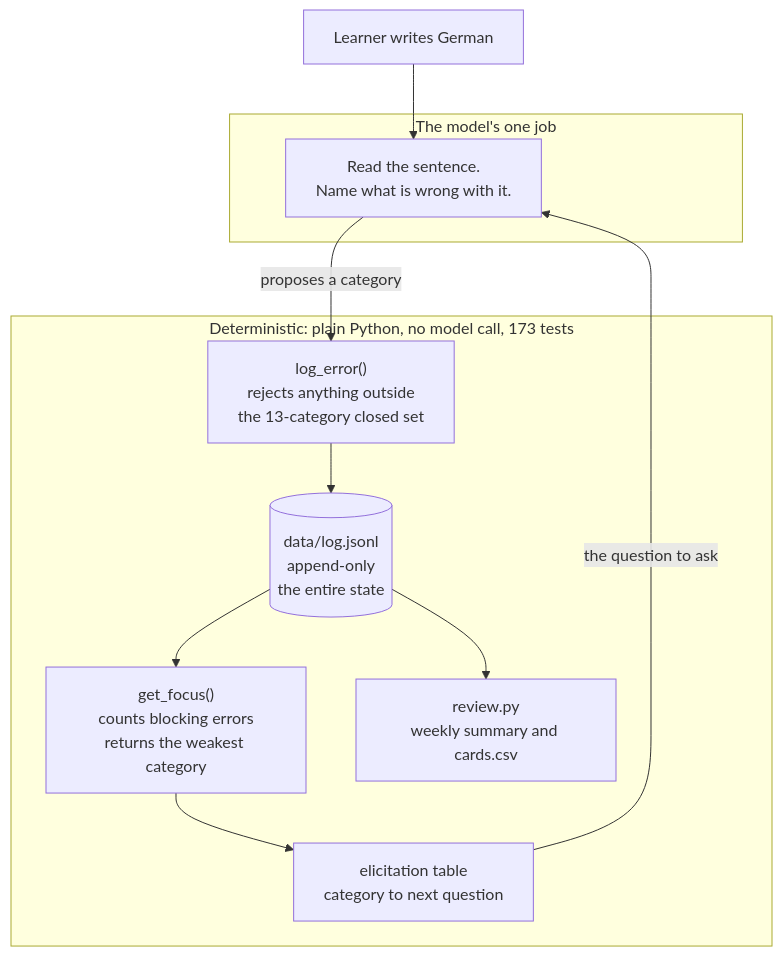
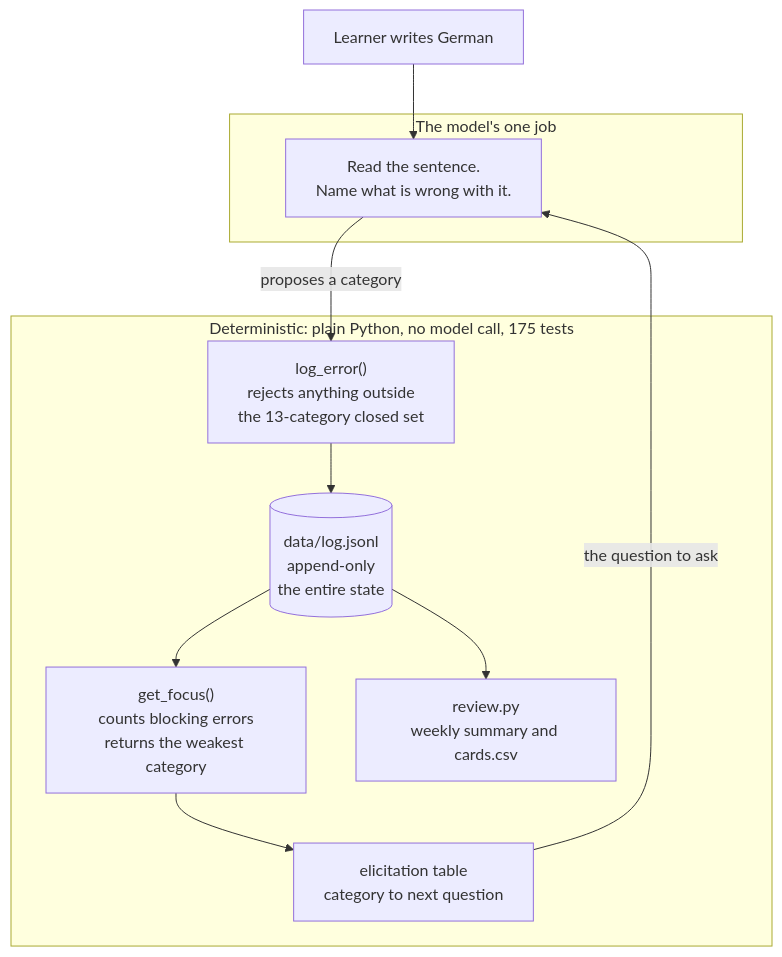
One commit to ampaduchris/german-b1-tutor changed the diagram in README.md. Above: the diagram before and after it, drawn with Mermaid. The commit also changed other lines of this file and 2 other files, not shown here.

First line of the commit message:
Test that main() reports a failed model call and exits 3

````diff
--- a/README.md
+++ b/README.md
@@ -30,22 +30,22 @@
 ```mermaid
 flowchart TD
     subgraph MODEL["The model's one job"]
         M["Read the sentence.<br/>Name what is wrong with it."]
     end
 
-    subgraph DET["Deterministic: plain Python, no model call, 173 tests"]
+    subgraph DET["Deterministic: plain Python, no model call, 175 tests"]
         V["log_error()<br/>rejects anything outside<br/>the 13-category closed set"]
         LOG[("data/log.jsonl<br/>append-only<br/>the entire state")]
         F["get_focus()<br/>counts blocking errors<br/>returns the weakest category"]
         T["elicitation table<br/>category to next question"]
         R["review.py<br/>weekly summary and cards.csv"]
     end
 
     L["Learner writes German"] --> M
     M -->|proposes a category| V
     V --> LOG
     LOG --> F
     F --> T
     LOG --> R
     T -->|the question to ask| M
 ```
````
